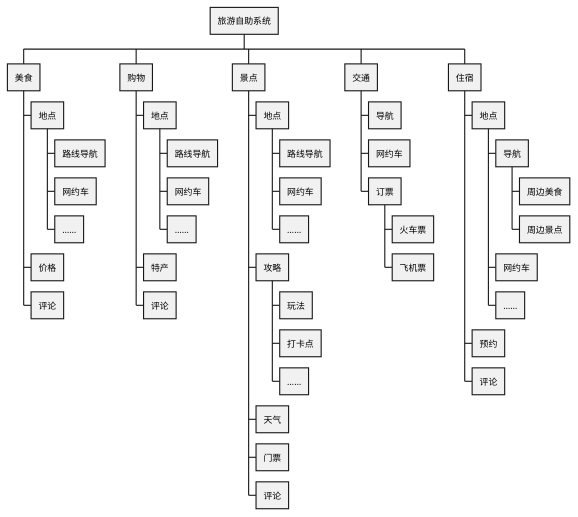
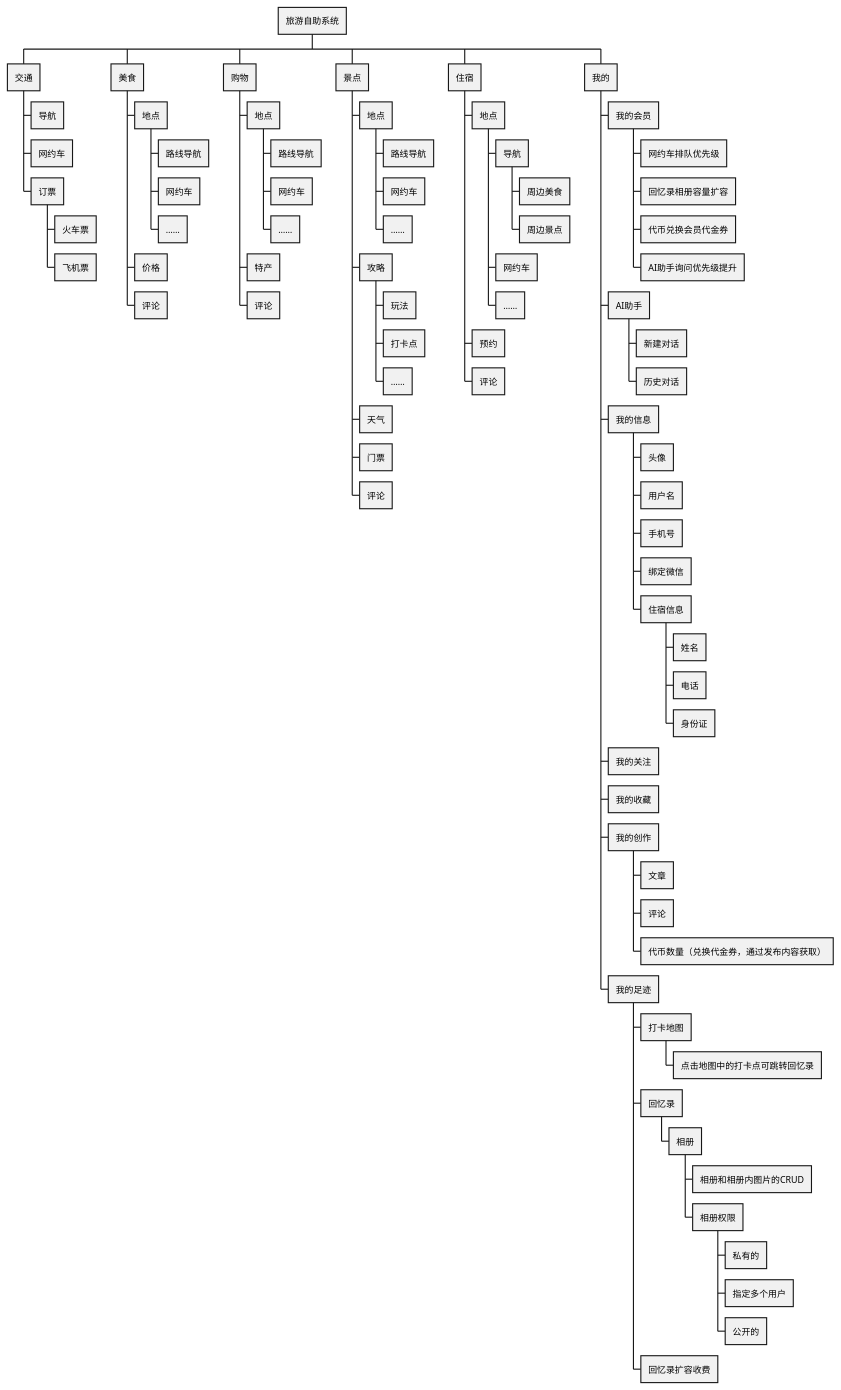
Before and after one commit to Lingling-LynnChan/j2ee_lab_server: the diagram in docs/系统结构.puml, drawn with PlantUML. The commit also changed 25 other files, not shown here.

```diff
--- a/docs/系统结构.puml
+++ b/docs/系统结构.puml
@@ -1,47 +1,82 @@
 @startwbs
 'https://plantuml.com/wbs-diagram
 
 * 旅游自助系统
+** 交通
+*** 导航
+*** 网约车
+*** 订票
+**** 火车票
+**** 飞机票
 ** 美食
 *** 地点
 **** 路线导航
 **** 网约车
 **** ……
 *** 价格
 *** 评论
 ** 购物
 *** 地点
 **** 路线导航
 **** 网约车
 **** ……
 *** 特产
 *** 评论
 ** 景点
 *** 地点
 **** 路线导航
 **** 网约车
 **** ……
 *** 攻略
 **** 玩法
 **** 打卡点
 **** ……
 *** 天气
 *** 门票
 *** 评论
-** 交通
-*** 导航
-*** 网约车
-*** 订票
-**** 火车票
-**** 飞机票
 ** 住宿
 *** 地点
 **** 导航
 ***** 周边美食
 ***** 周边景点
 **** 网约车
 **** ……
 *** 预约
 *** 评论
+** 我的
+*** 我的会员
+**** 网约车排队优先级
+**** 回忆录相册容量扩容
+**** 代币兑换会员代金券
+**** AI助手询问优先级提升
+*** AI助手
+**** 新建对话
+**** 历史对话
+*** 我的信息
+**** 头像
+**** 用户名
+**** 手机号
+**** 绑定微信
+**** 住宿信息
+***** 姓名
+***** 电话
+***** 身份证
+*** 我的关注
+*** 我的收藏
+*** 我的创作
+**** 文章
+**** 评论
+**** 代币数量（兑换代金券，通过发布内容获取）
+*** 我的足迹
+**** 打卡地图
+***** 点击地图中的打卡点可跳转回忆录
+**** 回忆录
+***** 相册
+****** 相册和相册内图片的CRUD
+****** 相册权限
+******* 私有的
+******* 指定多个用户
+******* 公开的
+**** 回忆录扩容收费
 
 @endwbs
```
